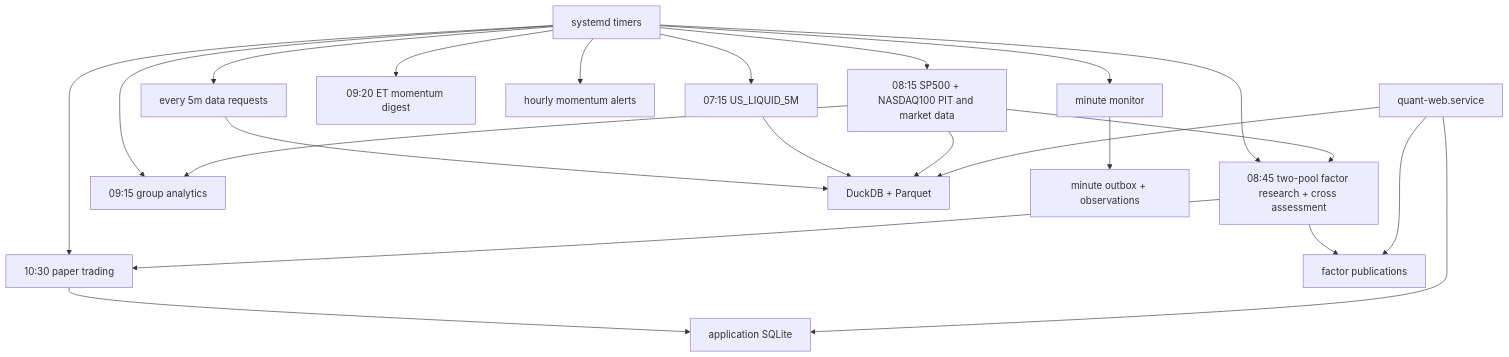
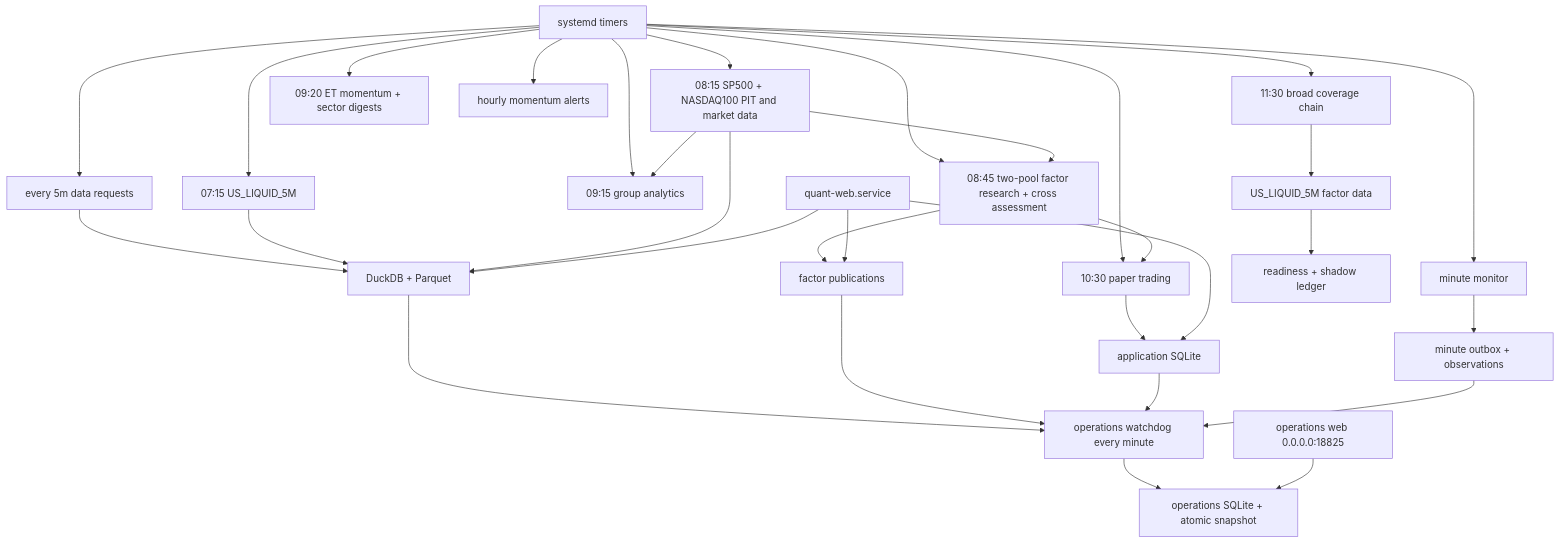
One commit to Clno1/quant-factor-framework changed the diagram in docs/sg_operations_overview.md. Above: the diagram before and after it, drawn with Mermaid. The commit also changed other lines of this file and 171 other files, not shown here.

````diff
--- a/docs/sg_operations_overview.md
+++ b/docs/sg_operations_overview.md
@@ -18,25 +21,34 @@
 ```mermaid
 flowchart TD
     TIMER["systemd timers"] --> LIQ["07:15 US_LIQUID_5M"]
     TIMER --> MARKET["08:15 SP500 + NASDAQ100 PIT and market data"]
     TIMER --> FACTOR["08:45 two-pool factor research + cross assessment"]
     TIMER --> GROUP["09:15 group analytics"]
     TIMER --> PAPER["10:30 paper trading"]
+    TIMER --> BROAD["11:30 broad coverage chain"]
     TIMER --> REQUEST["every 5m data requests"]
-    TIMER --> PREMARKET["09:20 ET momentum digest"]
+    TIMER --> PREMARKET["09:20 ET momentum + sector digests"]
     TIMER --> HOURLY["hourly momentum alerts"]
     TIMER --> INTRADAY["minute monitor"]
 
     MARKET --> FACTOR
     MARKET --> GROUP
     FACTOR --> PAPER
     REQUEST --> LAKE["DuckDB + Parquet"]
     LIQ --> LAKE
     MARKET --> LAKE
     FACTOR --> OUTPUT["factor publications"]
+    BROAD --> BROAD_FACTOR["US_LIQUID_5M factor data"]
+    BROAD_FACTOR --> BROAD_CHECK["readiness + shadow ledger"]
     PAPER --> SQLITE["application SQLite"]
     WEB["quant-web.service"] --> LAKE
     WEB --> OUTPUT
     WEB --> SQLITE
     INTRADAY --> MOMENTUM_SQLITE["minute outbox + observations"]
+    WATCHDOG["operations watchdog every minute"] --> OPSDB["operations SQLite + atomic snapshot"]
+    LAKE --> WATCHDOG
+    OUTPUT --> WATCHDOG
+    SQLITE --> WATCHDOG
+    MOMENTUM_SQLITE --> WATCHDOG
+    OPSWEB["operations web 0.0.0.0:18825"] --> OPSDB
 ```
````
